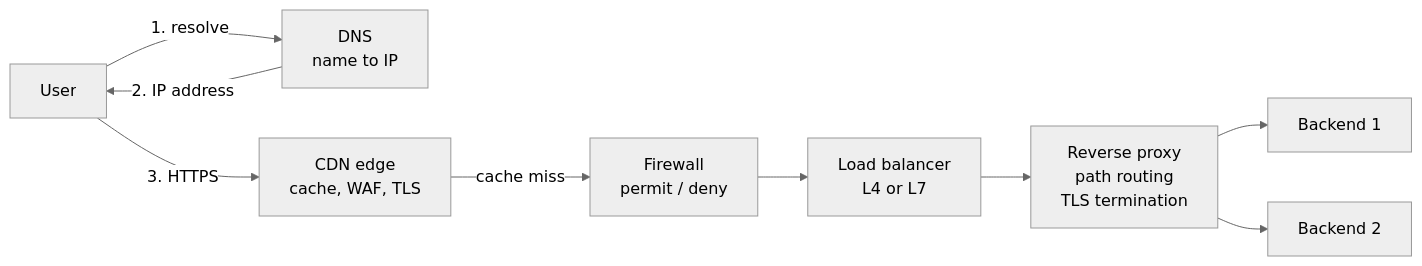
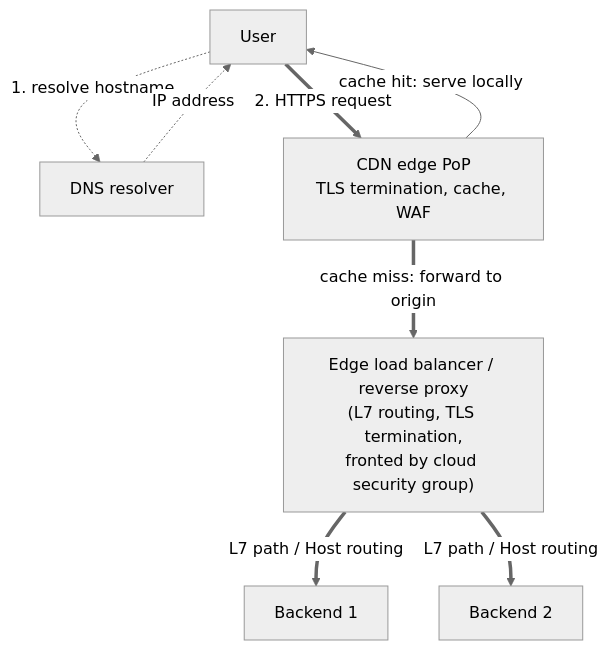
One commit to adulbrich/cs312 changed the eighth of 8 diagrams in src/content/docs/lectures/network-services-and-application-delivery.mdx. Above: the diagram before and after it, drawn with Mermaid (neutral theme). The commit also changed other lines of this file and 2 other files, not shown here.

````diff
--- a/src/content/docs/lectures/network-services-and-application-delivery.mdx
+++ b/src/content/docs/lectures/network-services-and-application-delivery.mdx
@@ -472,20 +518,17 @@
 ```mermaid
-flowchart LR
+flowchart TB
   User["User"]
-  DNS["DNS\nname to IP"]
-  CDN["CDN edge\ncache, WAF, TLS"]
-  FW["Firewall\npermit / deny"]
-  LB["Load balancer\nL4 or L7"]
-  RP["Reverse proxy\npath routing\nTLS termination"]
+  DNS["DNS resolver"]
+  CDN["CDN edge PoP\nTLS termination, cache, WAF"]
+  Edge["Edge load balancer / reverse proxy\n(L7 routing, TLS termination,\nfronted by cloud security group)"]
   B1["Backend 1"]
   B2["Backend 2"]
 
-  User -->|"1. resolve"| DNS
-  DNS -->|"2. IP address"| User
-  User -->|"3. HTTPS"| CDN
-  CDN -->|"cache miss"| FW
-  FW --> LB
-  LB --> RP
-  RP --> B1
-  RP --> B2
+  User -.->|"1. resolve hostname"| DNS
+  DNS -.->|"IP address"| User
+  User ==>|"2. HTTPS request"| CDN
+  CDN -->|"cache hit: serve locally"| User
+  CDN ==>|"cache miss: forward to origin"| Edge
+  Edge ==>|"L7 path / Host routing"| B1
+  Edge ==>|"L7 path / Host routing"| B2
 ```
````
